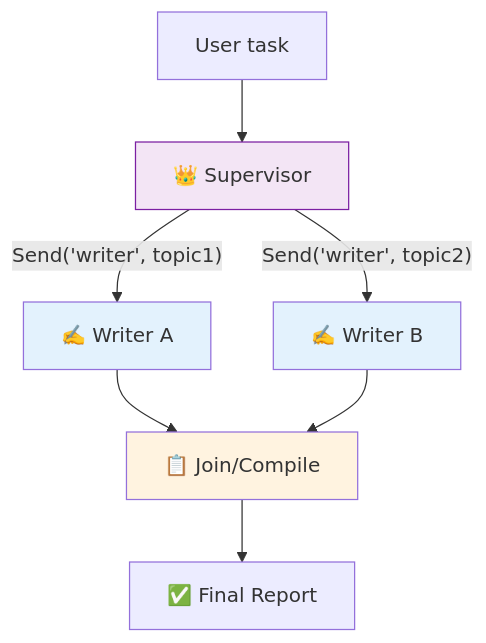
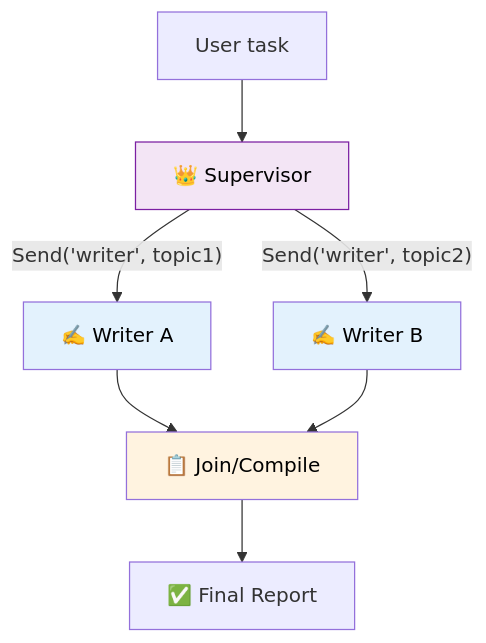
The diagram in 36_supervisor_worker_project/README.md (remolaan/Agentic-AI-Cookbook), drawn with Mermaid before and after one commit. The commit also changed 45 other files, not shown here.

Commit message:
Fix Mermaid diagram text colors for readability across all READMEs

````diff
--- a/36_supervisor_worker_project/README.md
+++ b/36_supervisor_worker_project/README.md
@@ -5,13 +5,13 @@
 ```mermaid
 flowchart TD
     U["User task"] --> S["👑 Supervisor"]
     S -->|"Send('writer', topic1)"| W1["✍️ Writer A"]
     S -->|"Send('writer', topic2)"| W2["✍️ Writer B"]
     W1 --> J["📋 Join/Compile"]
     W2 --> J
     J --> R["✅ Final Report"]
-    style S fill:#f3e5f5,stroke:#7b1fa2
-    style W1 fill:#e3f2fd
-    style W2 fill:#e3f2fd
-    style J fill:#fff3e0
+    style S fill:#f3e5f5,stroke:#7b1fa2,color:#000000
+    style W1 fill:#e3f2fd,color:#000000
+    style W2 fill:#e3f2fd,color:#000000
+    style J fill:#fff3e0,color:#000000
 ```
````
